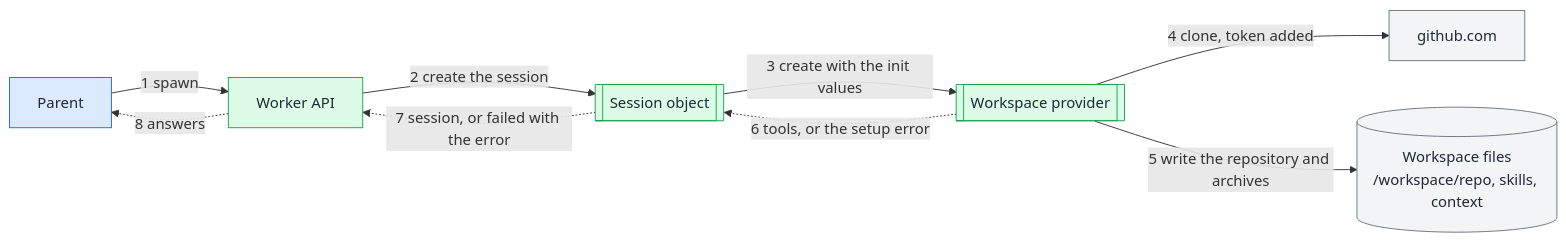
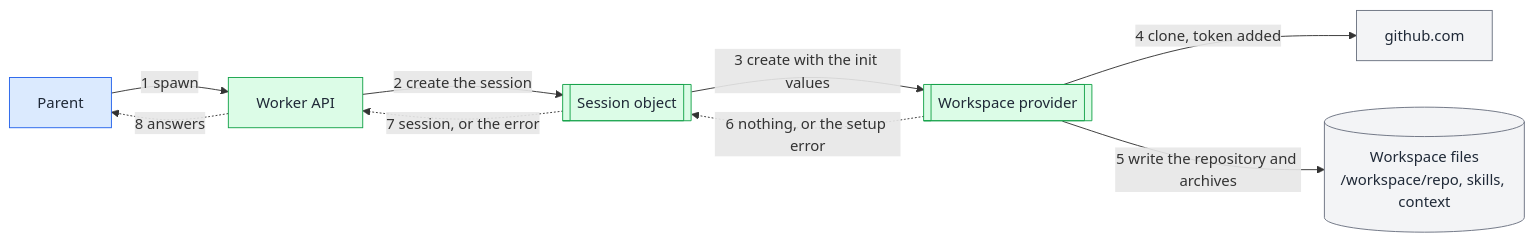
The fifth of 9 diagrams in docs/technical-design/workspace.md (asermax/tentacles), drawn with Mermaid before and after one commit. The commit also changed other lines of this file and 9 other files, not shown here.

````diff
--- a/docs/technical-design/workspace.md
+++ b/docs/technical-design/workspace.md
@@ -117,24 +132,24 @@
 ```mermaid
 flowchart LR
   pa@{ shape: rect, label: "Parent" }
   api@{ shape: rect, label: "Worker API" }
   so@{ shape: subproc, label: "Session object" }
   wp@{ shape: subproc, label: "Workspace provider" }
   gh@{ shape: rect, label: "github.com" }
   fs@{ shape: cyl, label: "Workspace files
   /workspace/repo, skills, context" }
   pa -->|"1 spawn"| api
   api -->|"2 create the session"| so
   so -->|"3 create with the init values"| wp
   wp -->|"4 clone, token added"| gh
   wp -->|"5 write the repository and archives"| fs
-  wp -.->|"6 tools, or the setup error"| so
-  so -.->|"7 session, or failed with the error"| api
+  wp -.->|"6 nothing, or the setup error"| so
+  so -.->|"7 session, or the error"| api
   api -.->|"8 answers"| pa
   classDef worker fill:#dbeafe,stroke:#2563eb,color:#1f2937
   classDef flow fill:#dcfce7,stroke:#16a34a,color:#1f2937
   classDef ext fill:#f3f4f6,stroke:#6b7280,color:#1f2937
   class pa worker
   class api,so,wp flow
   class gh,fs ext
 ```
````
